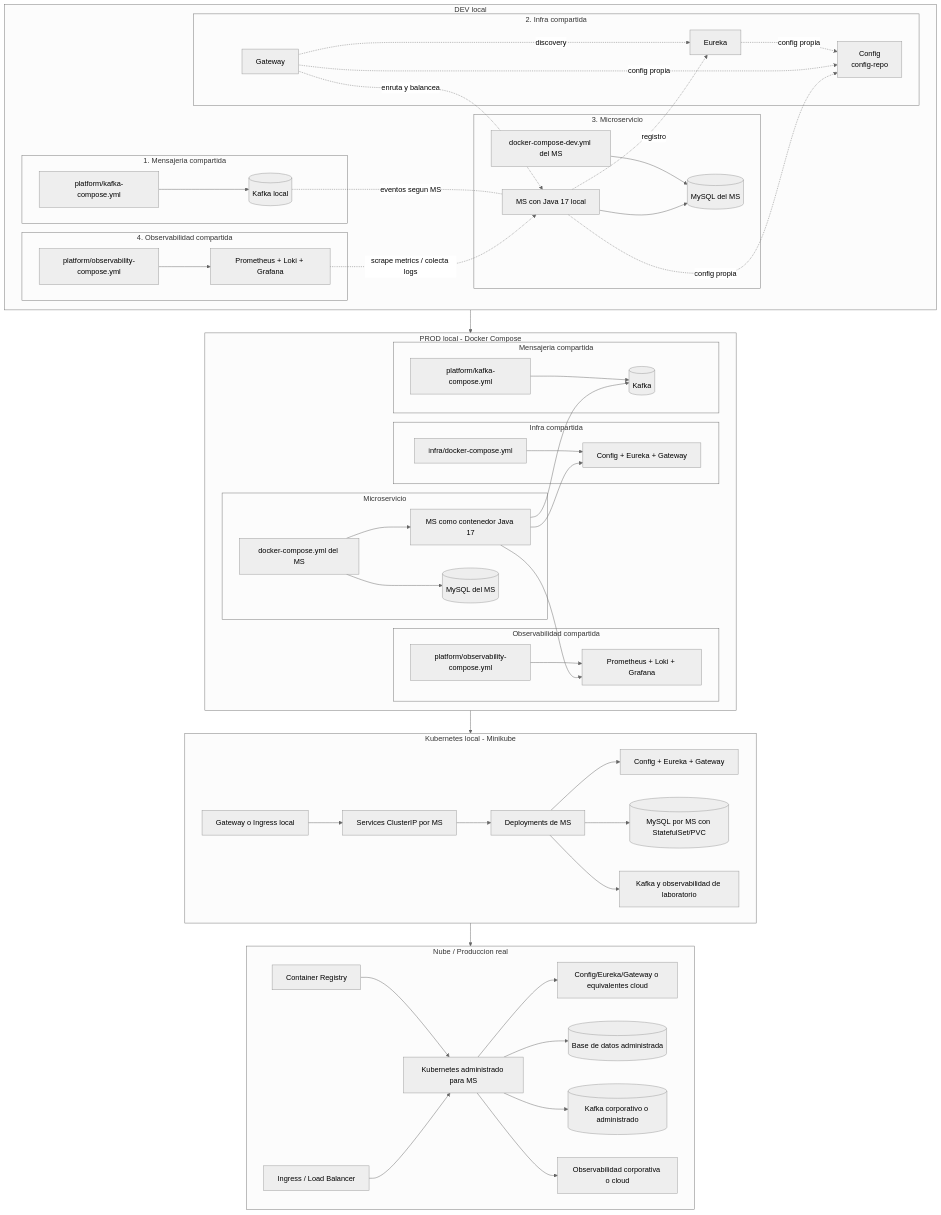
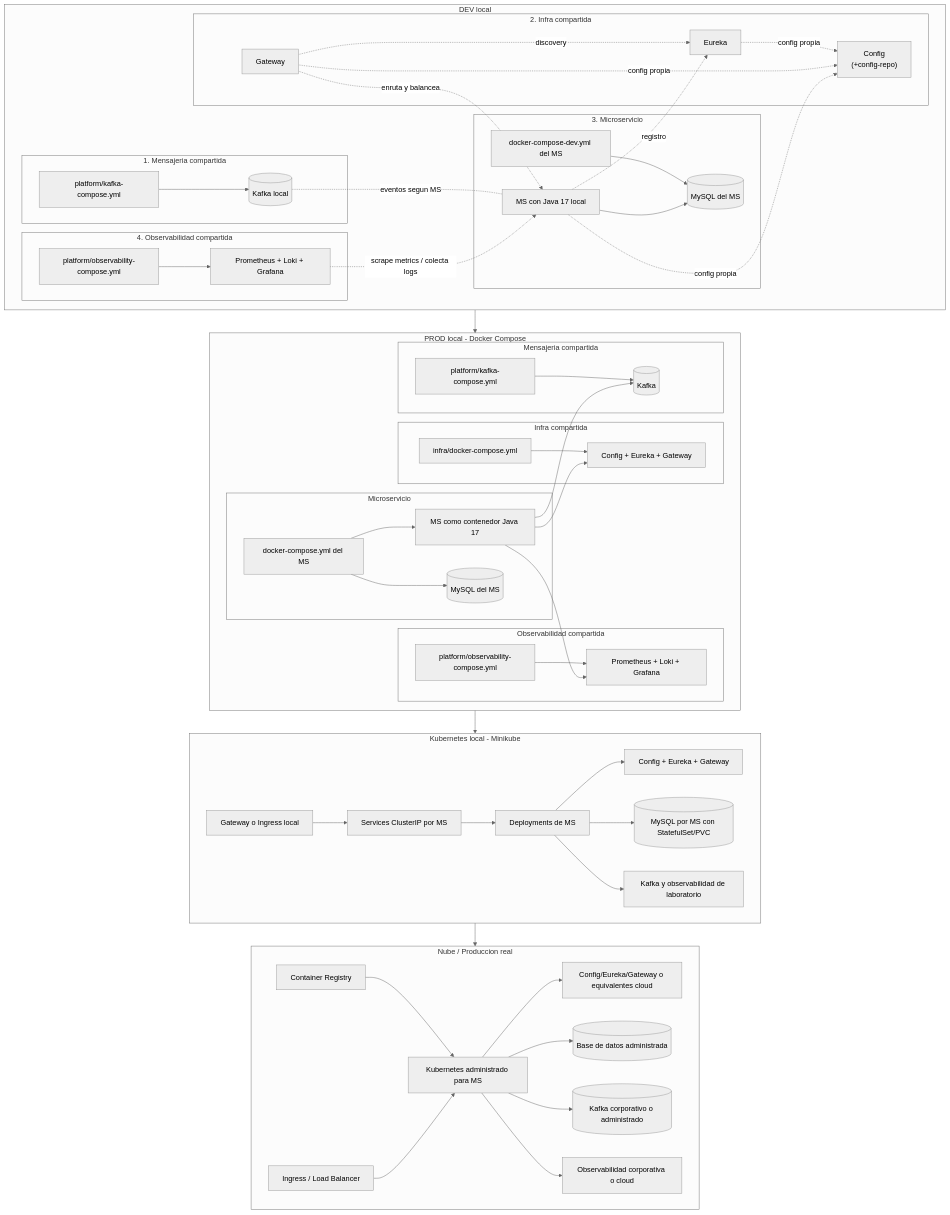
One commit to 262dist/pagatu changed the tenth of 10 diagrams in README.md. Above: the diagram before and after it, drawn with Mermaid (neutral theme).

```diff
--- a/README.md
+++ b/README.md
@@ -566,7 +566,7 @@
         subgraph devInfraBox[2. Infra compartida]
             devgateway[Gateway]
             deveureka[Eureka]
-            devconfig["Config<br/>config-repo"]
+            devconfig["Config<br/>(+config-repo)"]
             deveureka -. config propia .-> devconfig
             devgateway -. config propia .-> devconfig
             devgateway -. discovery .-> deveureka
```
